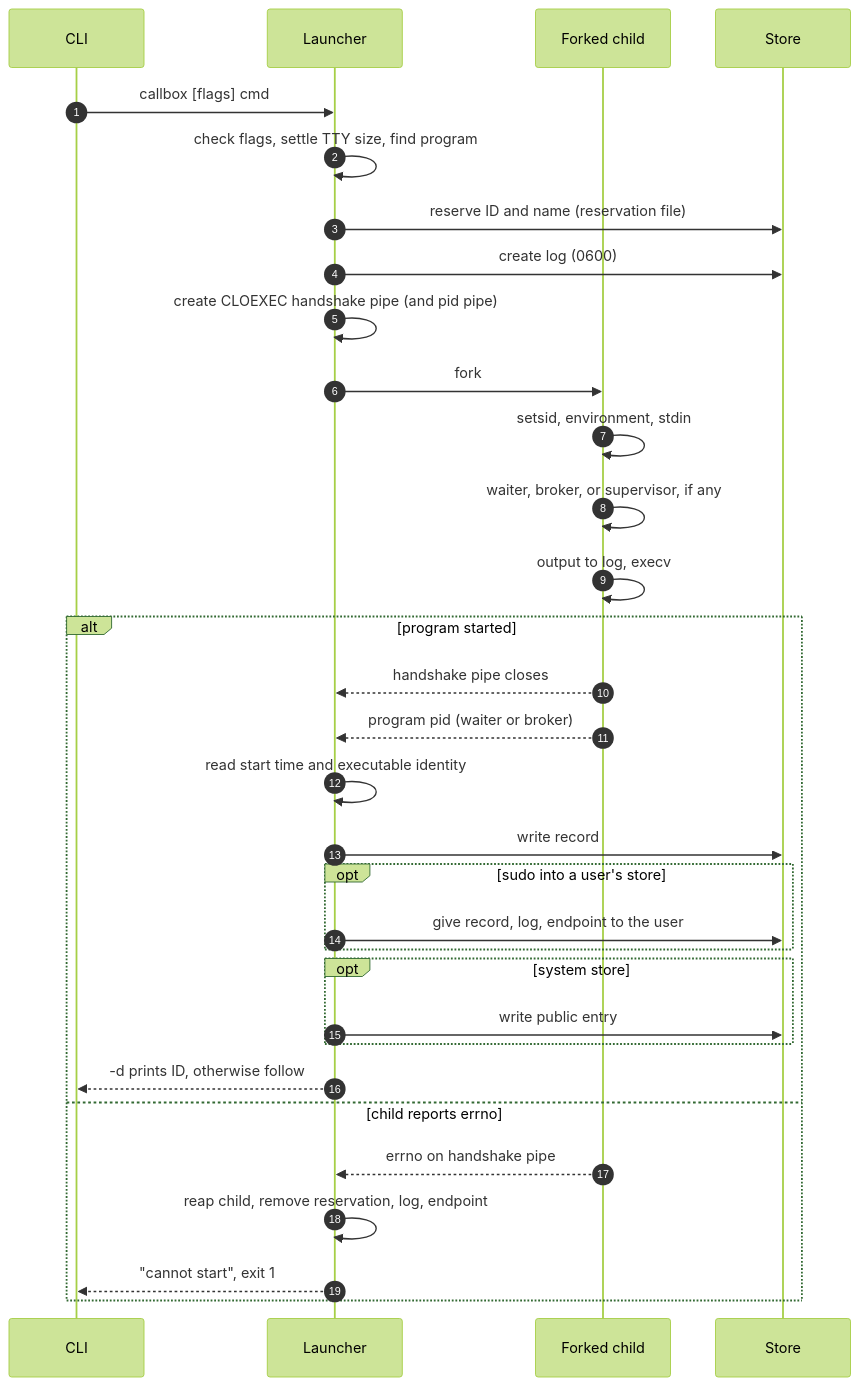
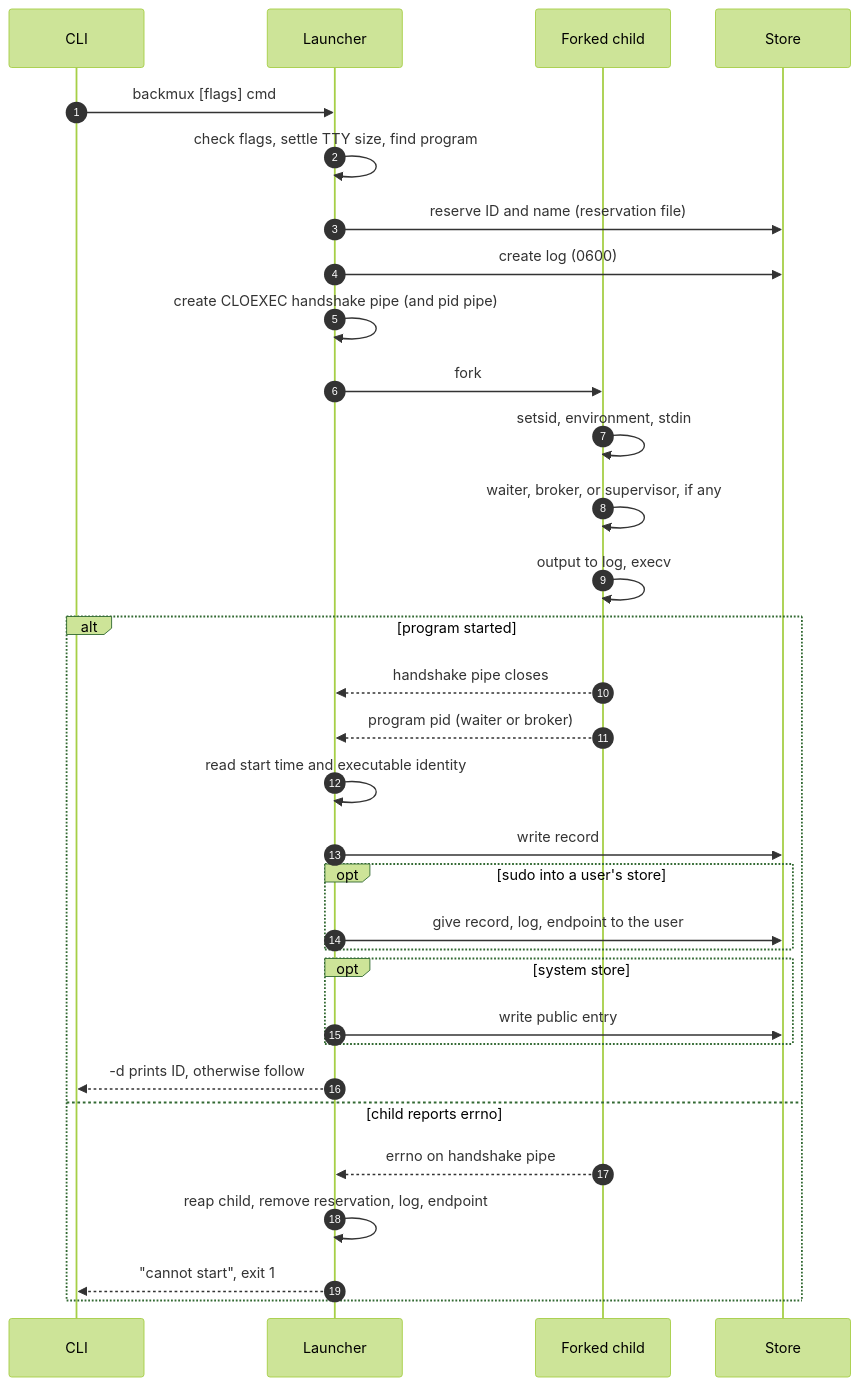
Before and after one commit to RchGrav/callbox: the first of 2 diagrams in docs/launcher.md, drawn with Mermaid (forest theme). The commit also changed other lines of this file and 151 other files, not shown here.

First line of the commit message:
Rename callbox to backmux

````diff
--- a/docs/launcher.md
+++ b/docs/launcher.md
@@ -51,35 +51,35 @@
 ```mermaid
 sequenceDiagram
     autonumber
     participant CLI as CLI
     participant Parent as Launcher
     participant Child as Forked child
     participant Store as Store
 
-    CLI->>Parent: callbox [flags] cmd
+    CLI->>Parent: backmux [flags] cmd
     Parent->>Parent: check flags, settle TTY size, find program
     Parent->>Store: reserve ID and name (reservation file)
     Parent->>Store: create log (0600)
     Parent->>Parent: create CLOEXEC handshake pipe (and pid pipe)
     Parent->>Child: fork
     Child->>Child: setsid, environment, stdin
     Child->>Child: waiter, broker, or supervisor, if any
     Child->>Child: output to log, execv
     alt program started
         Child-->>Parent: handshake pipe closes
         Child-->>Parent: program pid (waiter or broker)
         Parent->>Parent: read start time and executable identity
         Parent->>Store: write record
         opt sudo into a user's store
             Parent->>Store: give record, log, endpoint to the user
         end
         opt system store
             Parent->>Store: write public entry
         end
         Parent-->>CLI: -d prints ID, otherwise follow
     else child reports errno
         Child-->>Parent: errno on handshake pipe
         Parent->>Parent: reap child, remove reservation, log, endpoint
         Parent-->>CLI: "cannot start", exit 1
     end
 ```
````
